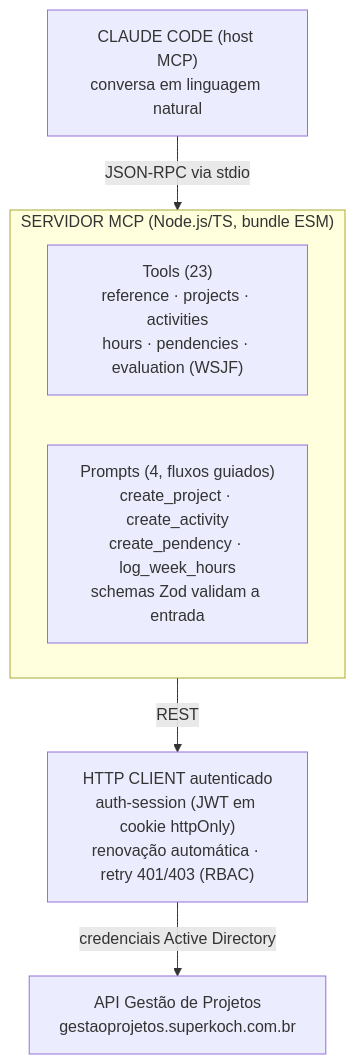
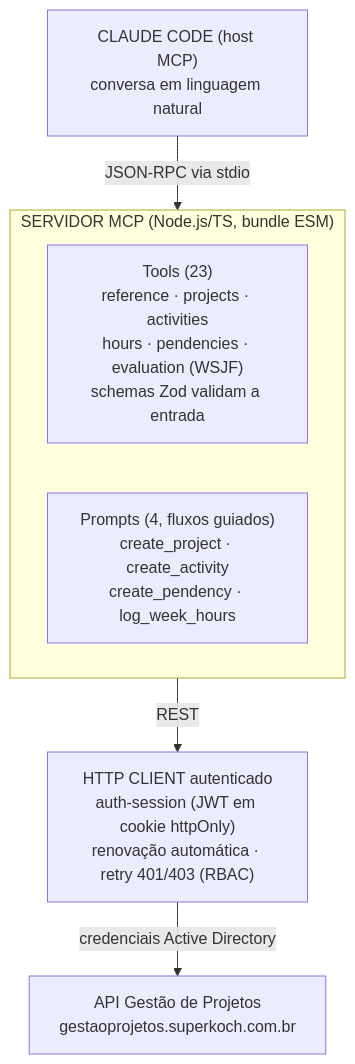
The diagram in public/posts/gestao-de-projetos-mcp.md (cristiangiehl1/my-website), drawn with Mermaid before and after one commit. The commit also changed 1 other file, not shown here.

Commit message:
docs(web): move Zod-validation note to Tools node in MCP diagram

````diff
--- a/public/posts/gestao-de-projetos-mcp.md
+++ b/public/posts/gestao-de-projetos-mcp.md
@@ -33,11 +33,11 @@
 ```mermaid
 flowchart TD
     A["CLAUDE CODE (host MCP)<br/>conversa em linguagem natural"] -->|JSON-RPC via stdio| B
     subgraph B["SERVIDOR MCP (Node.js/TS, bundle ESM)"]
         direction LR
-        T["Tools (23)<br/>reference · projects · activities<br/>hours · pendencies · evaluation (WSJF)"]
-        P["Prompts (4, fluxos guiados)<br/>create_project · create_activity<br/>create_pendency · log_week_hours<br/>schemas Zod validam a entrada"]
+        T["Tools (23)<br/>reference · projects · activities<br/>hours · pendencies · evaluation (WSJF)<br/>schemas Zod validam a entrada"]
+        P["Prompts (4, fluxos guiados)<br/>create_project · create_activity<br/>create_pendency · log_week_hours"]
     end
     B -->|REST| C["HTTP CLIENT autenticado<br/>auth-session (JWT em cookie httpOnly)<br/>renovação automática · retry 401/403 (RBAC)"]
     C -->|credenciais Active Directory| D["API Gestão de Projetos<br/>gestaoprojetos.superkoch.com.br"]
 ```
````
